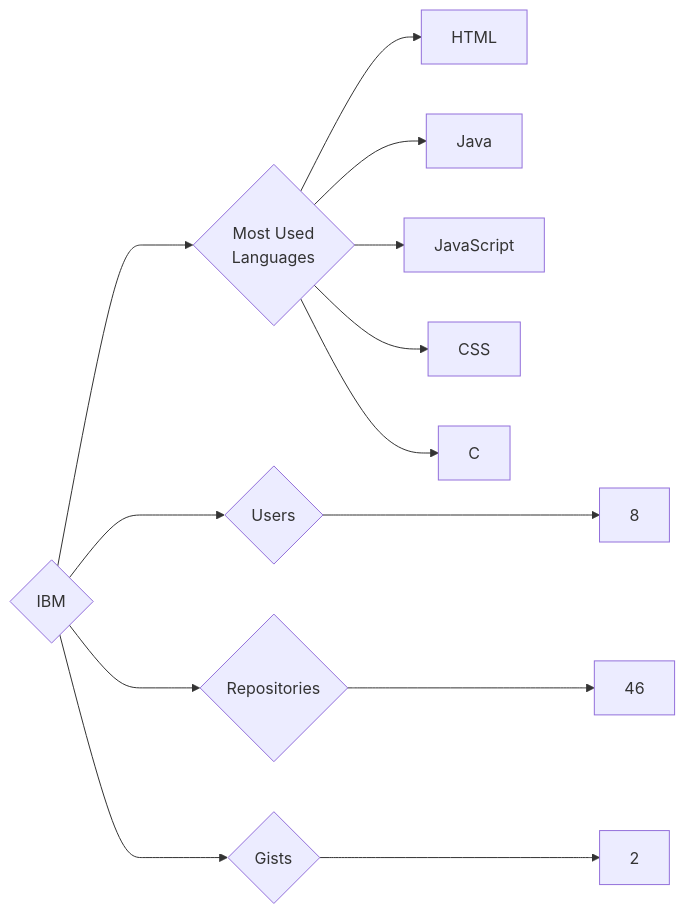
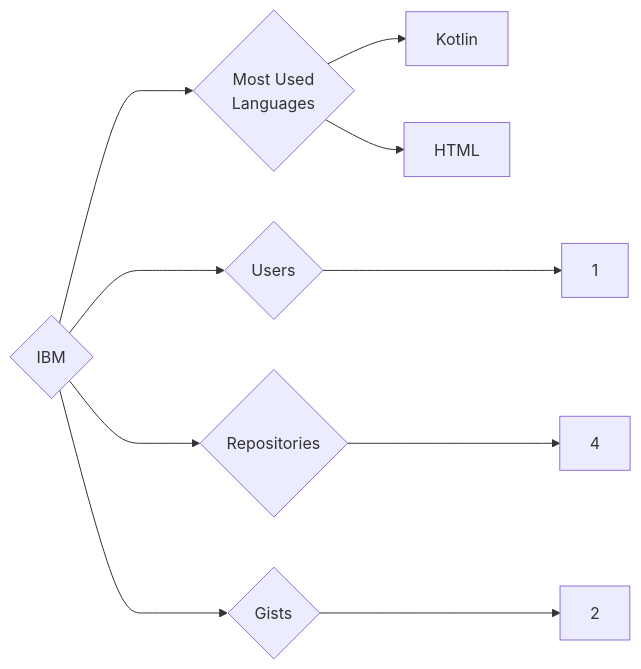
Before and after one commit to trickest/insiders: the diagram in targets/IBM/README.md, drawn with Mermaid. The commit also changed 776 other files, not shown here.

````diff
--- a/targets/IBM/README.md
+++ b/targets/IBM/README.md
@@ -3,13 +3,10 @@
 ```mermaid
 graph LR
 COMPANY_NAME{IBM}
-COMPANY_NAME ---> U{Users} ---> UN[8]
-COMPANY_NAME ---> R{Repositories} ---> RN[46]
+COMPANY_NAME ---> U{Users} ---> UN[1]
+COMPANY_NAME ---> R{Repositories} ---> RN[4]
 COMPANY_NAME ---> G{Gists} ---> GN[2]
 COMPANY_NAME ---> ML{Most Used<br>Languages}
+ML --> Kotlin[Kotlin]
 ML --> HTML[HTML]
-ML --> Java[Java]
-ML --> JavaScript[JavaScript]
-ML --> CSS[CSS]
-ML --> C[C]
 ```
````
